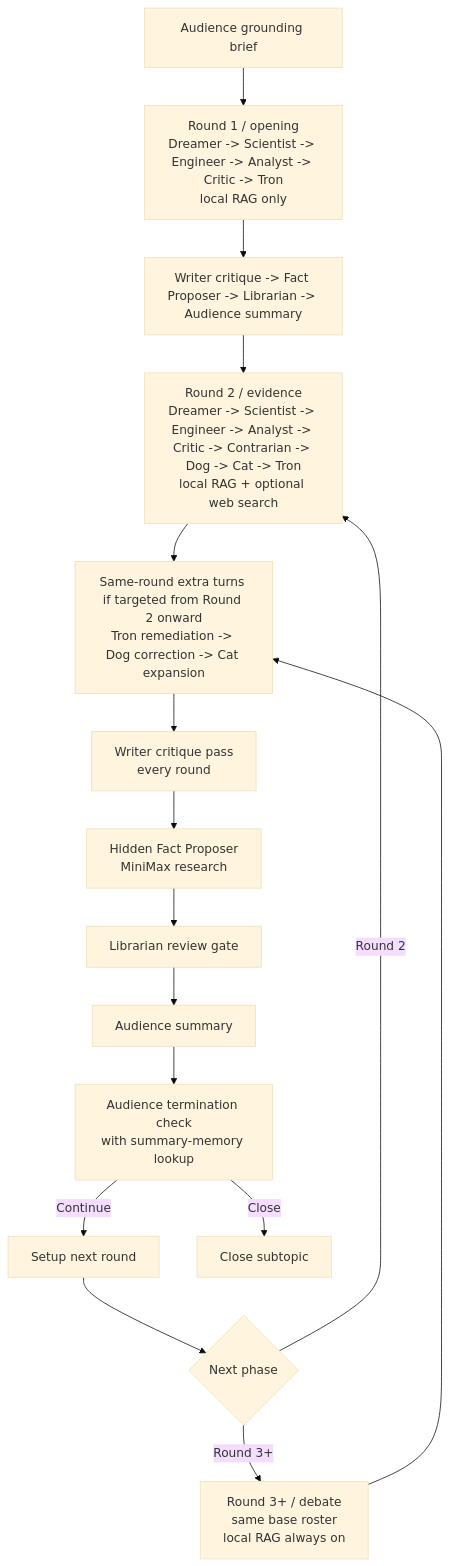
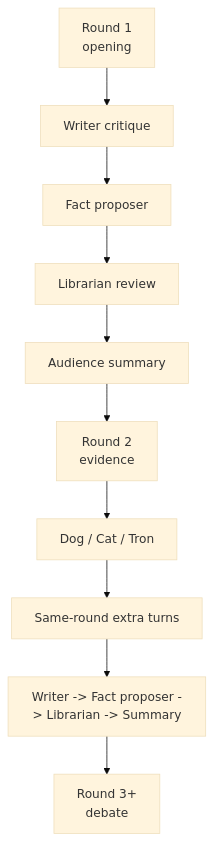
The second of 2 diagrams in README.md (G-R-O-X/Grox_chat), drawn with Mermaid (base theme) before and after one commit. The commit also changed other lines of this file and 14 other files, not shown here.

````diff
--- a/README.md
+++ b/README.md
@@ -56,18 +83,12 @@
 ```mermaid
 flowchart TD
-    Grounding[Audience grounding brief] --> Opening[Round 1 / opening<br/>Dreamer -> Scientist -> Engineer -> Analyst -> Critic -> Tron<br/>local RAG only]
-    Opening --> RoundEnd1[Writer critique -> Fact Proposer -> Librarian -> Audience summary]
-    RoundEnd1 --> Evidence[Round 2 / evidence<br/>Dreamer -> Scientist -> Engineer -> Analyst -> Critic -> Contrarian -> Dog -> Cat -> Tron<br/>local RAG + optional web search]
-    Evidence --> Extra[Same-round extra turns if targeted from Round 2 onward<br/>Tron remediation -> Dog correction -> Cat expansion]
-    Debate[Round 3+ / debate<br/>same base roster<br/>local RAG always on] --> Extra
-    Extra --> Writer[Writer critique pass<br/>every round]
-    Writer --> Proposer[Hidden Fact Proposer<br/>MiniMax research]
-    Proposer --> Librarian[Librarian review gate]
-    Librarian --> Summary[Audience summary]
-    Summary --> Eval[Audience termination check<br/>with summary-memory lookup]
-    Eval -->|Continue| Next[Setup next round]
-    Next --> PhaseShift{Next phase}
-    PhaseShift -->|Round 2| Evidence
-    PhaseShift -->|Round 3+| Debate
-    Eval -->|Close| End[Close subtopic]
+    R1[Round 1<br/>opening] --> W1[Writer critique]
+    W1 --> FP1[Fact proposer]
+    FP1 --> L1[Librarian review]
+    L1 --> S1[Audience summary]
+    S1 --> R2[Round 2<br/>evidence]
+    R2 --> NPC2[Dog / Cat / Tron]
+    NPC2 --> Extra2[Same-round extra turns]
+    Extra2 --> W2[Writer -> Fact proposer -> Librarian -> Summary]
+    W2 --> R3[Round 3+<br/>debate]
 ```
````
